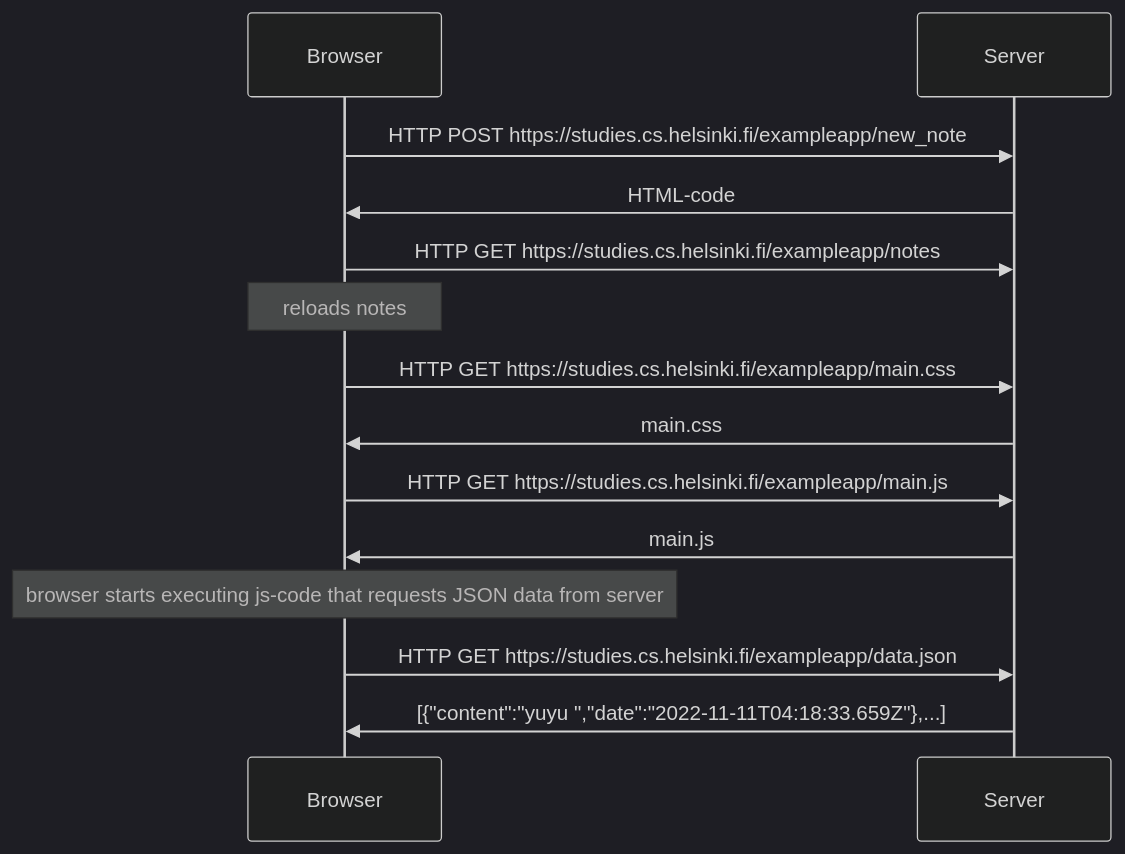
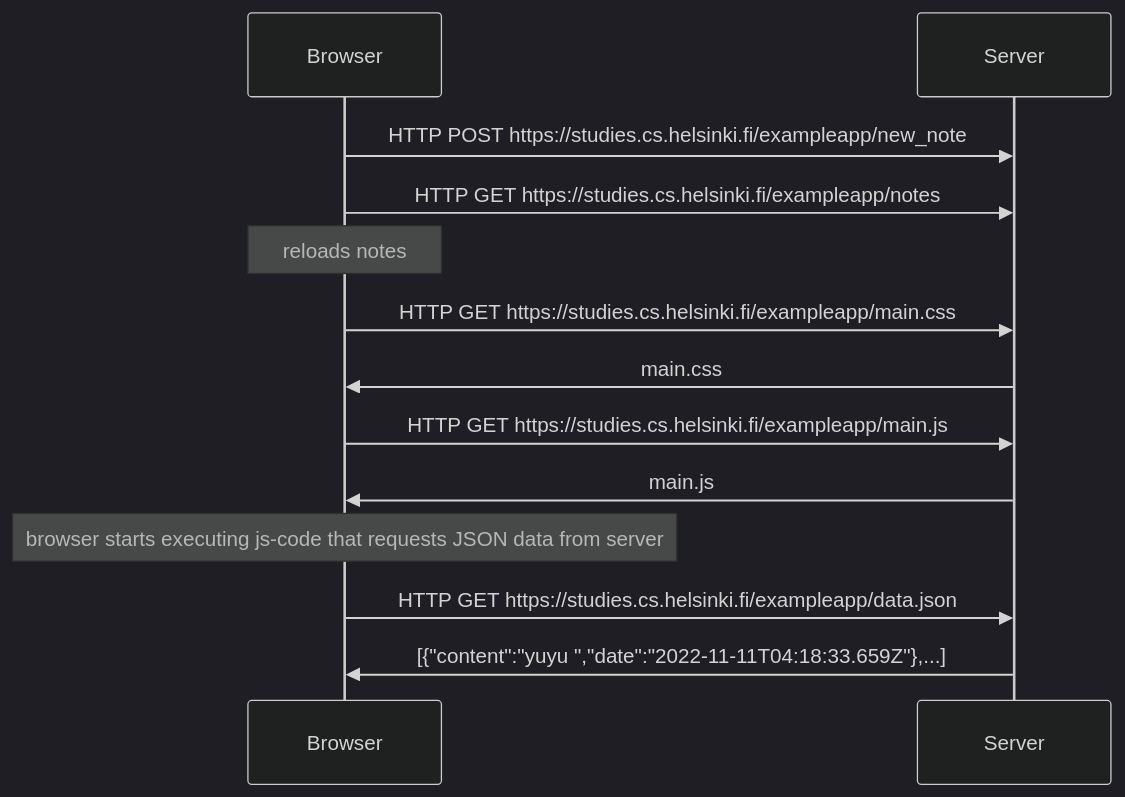
The diagram in osa0/04.md (eevahanka/fsteht), drawn with Mermaid (dark theme) before and after one commit.

````diff
--- a/osa0/04.md
+++ b/osa0/04.md
@@ -1,18 +1,17 @@
 ```mermaid
    sequenceDiagram
       participant Browser
       participant Server
       Browser->>Server: HTTP POST https://studies.cs.helsinki.fi/exampleapp/new_note
-      Server->>Browser: HTML-code
       Browser->>Server: HTTP GET https://studies.cs.helsinki.fi/exampleapp/notes
       note over Browser: reloads notes
       Browser->>Server: HTTP GET https://studies.cs.helsinki.fi/exampleapp/main.css
       Server->>Browser: main.css
       Browser->>Server: HTTP GET https://studies.cs.helsinki.fi/exampleapp/main.js
       Server->>Browser: main.js
       note over Browser: browser starts executing js-code that requests JSON data from server
       Browser->>Server: HTTP GET https://studies.cs.helsinki.fi/exampleapp/data.json
       Server->>Browser: [{"content":"yuyu ","date":"2022-11-11T04:18:33.659Z"},...]
 
       
 ```
````
